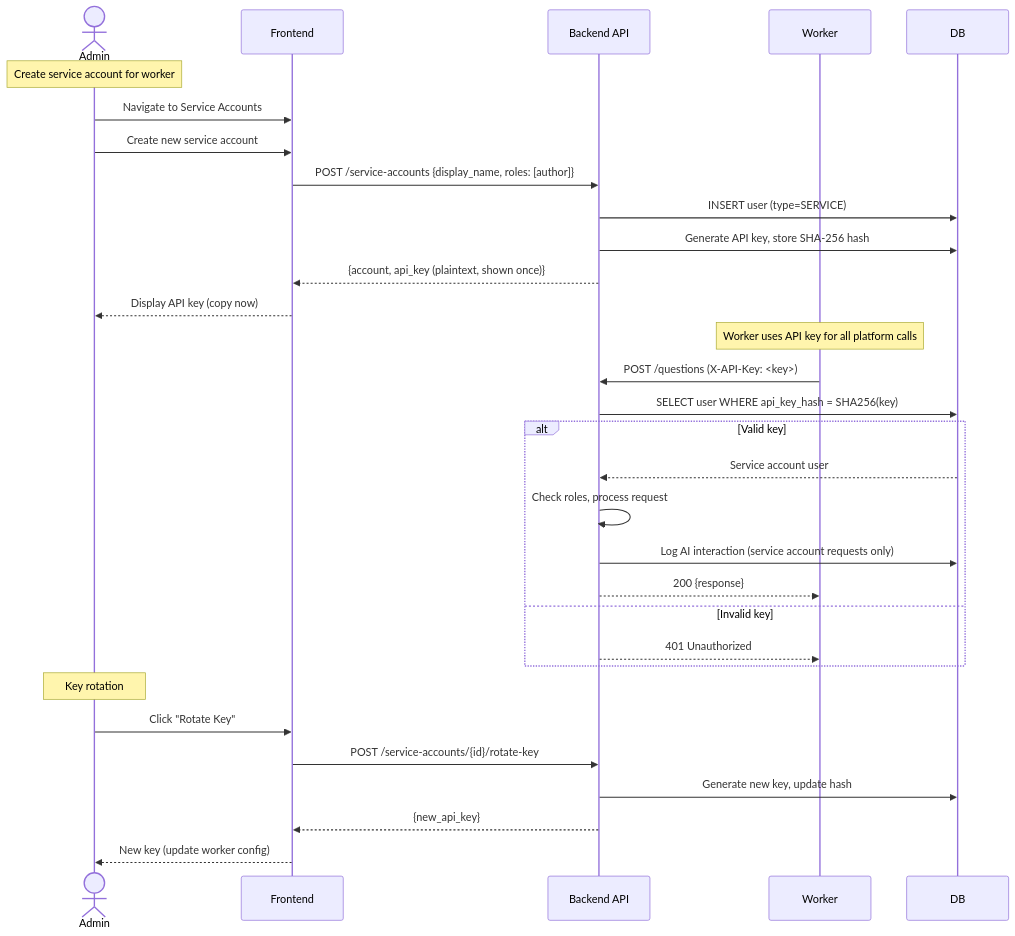
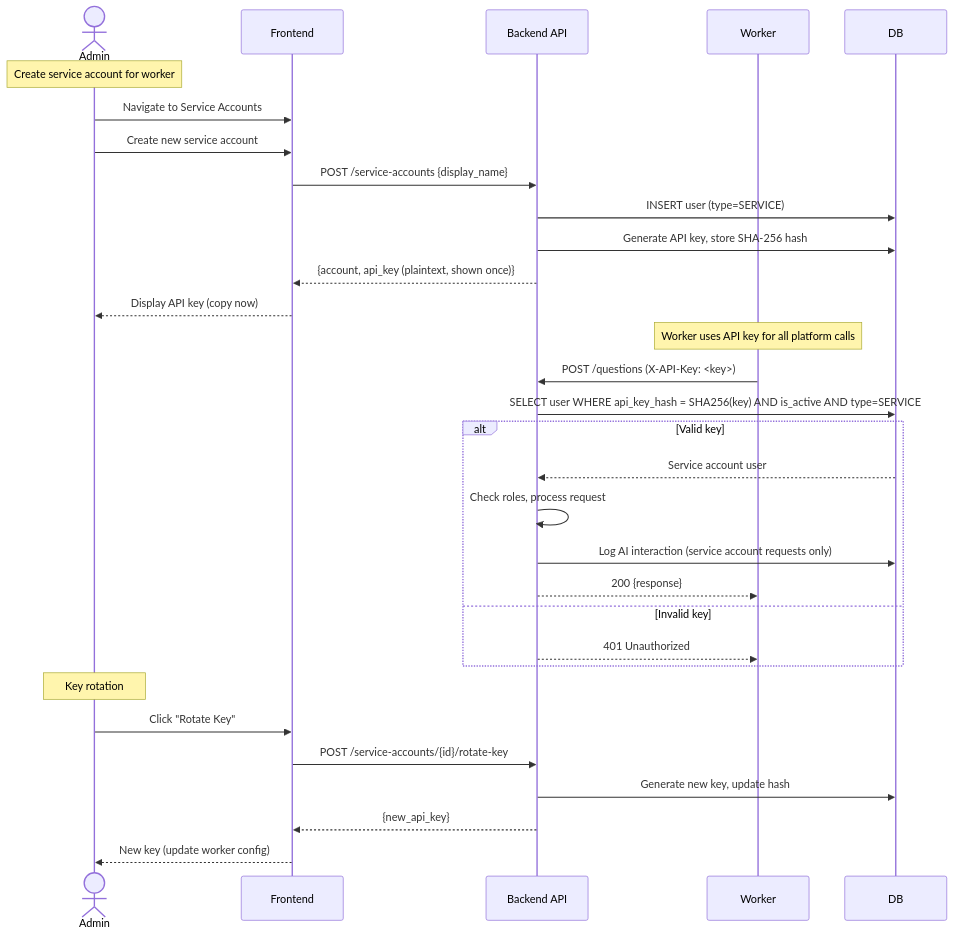
Diagram 14 of 17 in docs/sequence-diagrams.md (keytech42/tacit-knowledge-elicitation), drawn with Mermaid before and after one commit. The commit also changed other lines of this file, not shown here.

First line of the commit message:
Fix sequence diagram inaccuracies and add state machine notes

````diff
--- a/docs/sequence-diagrams.md
+++ b/docs/sequence-diagrams.md
@@ -562,39 +590,39 @@
 ```mermaid
 sequenceDiagram
     actor Admin
     participant Frontend
     participant Backend as Backend API
     participant Worker
     participant DB
 
     Note over Admin: Create service account for worker
 
     Admin->>Frontend: Navigate to Service Accounts
     Admin->>Frontend: Create new service account
-    Frontend->>Backend: POST /service-accounts {display_name, roles: [author]}
+    Frontend->>Backend: POST /service-accounts {display_name}
     Backend->>DB: INSERT user (type=SERVICE)
     Backend->>DB: Generate API key, store SHA-256 hash
     Backend-->>Frontend: {account, api_key (plaintext, shown once)}
     Frontend-->>Admin: Display API key (copy now)
 
     Note over Worker: Worker uses API key for all platform calls
 
     Worker->>Backend: POST /questions (X-API-Key: <key>)
-    Backend->>DB: SELECT user WHERE api_key_hash = SHA256(key)
+    Backend->>DB: SELECT user WHERE api_key_hash = SHA256(key) AND is_active AND type=SERVICE
     alt Valid key
         DB-->>Backend: Service account user
         Backend->>Backend: Check roles, process request
         Backend->>DB: Log AI interaction (service account requests only)
         Backend-->>Worker: 200 {response}
     else Invalid key
         Backend-->>Worker: 401 Unauthorized
     end
 
     Note over Admin: Key rotation
 
     Admin->>Frontend: Click "Rotate Key"
     Frontend->>Backend: POST /service-accounts/{id}/rotate-key
     Backend->>DB: Generate new key, update hash
     Backend-->>Frontend: {new_api_key}
     Frontend-->>Admin: New key (update worker config)
 ```
````
